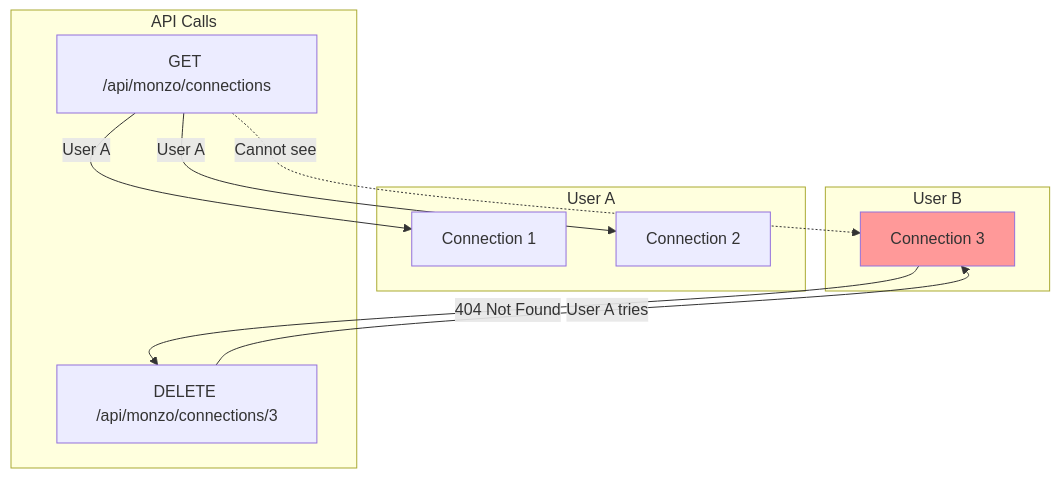
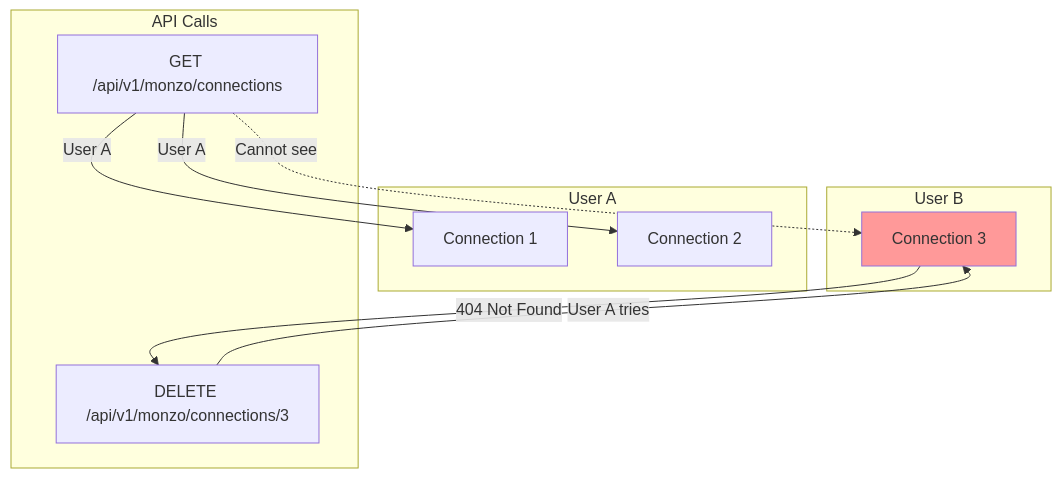
One commit to alexandermfisher/budgeteer changed diagram 12 of 15 in docs/diagrams/monzo-oauth-flow.md. Above: the diagram before and after it, drawn with Mermaid. The commit also changed other lines of this file and 19 other files, not shown here.

````diff
--- a/docs/diagrams/monzo-oauth-flow.md
+++ b/docs/diagrams/monzo-oauth-flow.md
@@ -379,25 +379,25 @@
 ```mermaid
 flowchart TD
     subgraph "User A"
         A1[Connection 1]
         A2[Connection 2]
     end
     
     subgraph "User B"
         B1[Connection 3]
     end
     
     subgraph "API Calls"
-        C[GET /api/monzo/connections]
-        D[DELETE /api/monzo/connections/3]
+        C[GET /api/v1/monzo/connections]
+        D[DELETE /api/v1/monzo/connections/3]
     end
     
     C -->|User A| A1
     C -->|User A| A2
     C -.->|Cannot see| B1
     
     D -->|User A tries| B1
     B1 -->|404 Not Found| D
     
     style B1 fill:#f99
 ```
````
